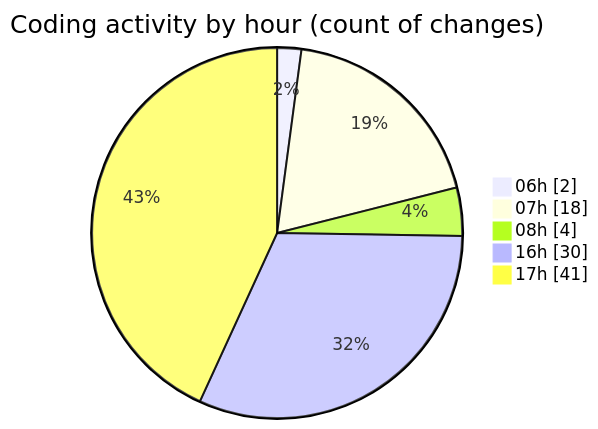
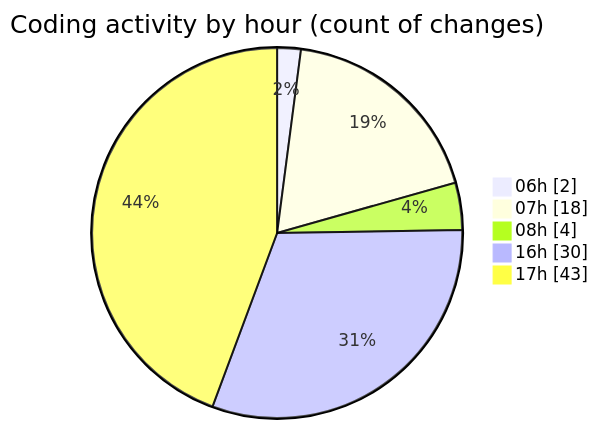
Before and after one commit to robertbonfada/code-tracking: the second of 2 diagrams in 2025-01-27/termonied-web/README.md, drawn with Mermaid. The commit also changed other lines of this file and 1 other file, not shown here.

````diff
--- a/2025-01-27/termonied-web/README.md
+++ b/2025-01-27/termonied-web/README.md
@@ -42,9 +42,9 @@
 ```mermaid
 pie showData
 title Coding activity by hour (count of changes)
 "06h" : 2
 "07h" : 18
 "08h" : 4
 "16h" : 30
-"17h" : 41
+"17h" : 43
 ```
````
